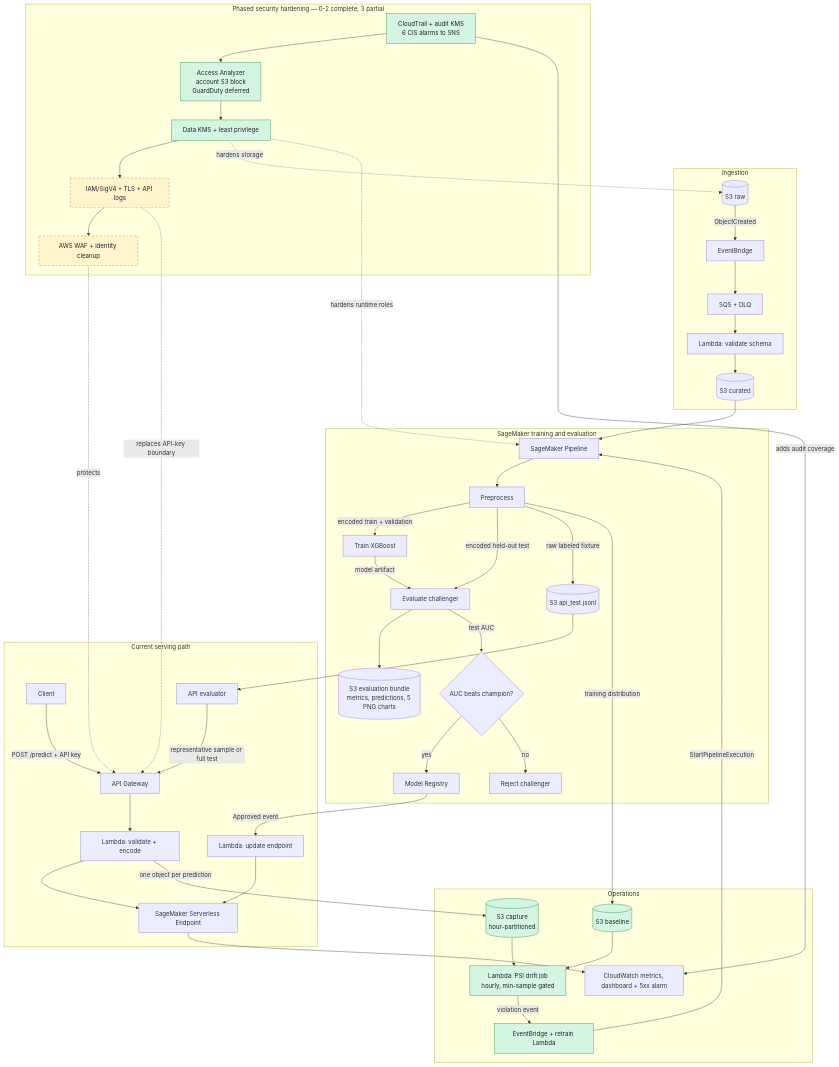
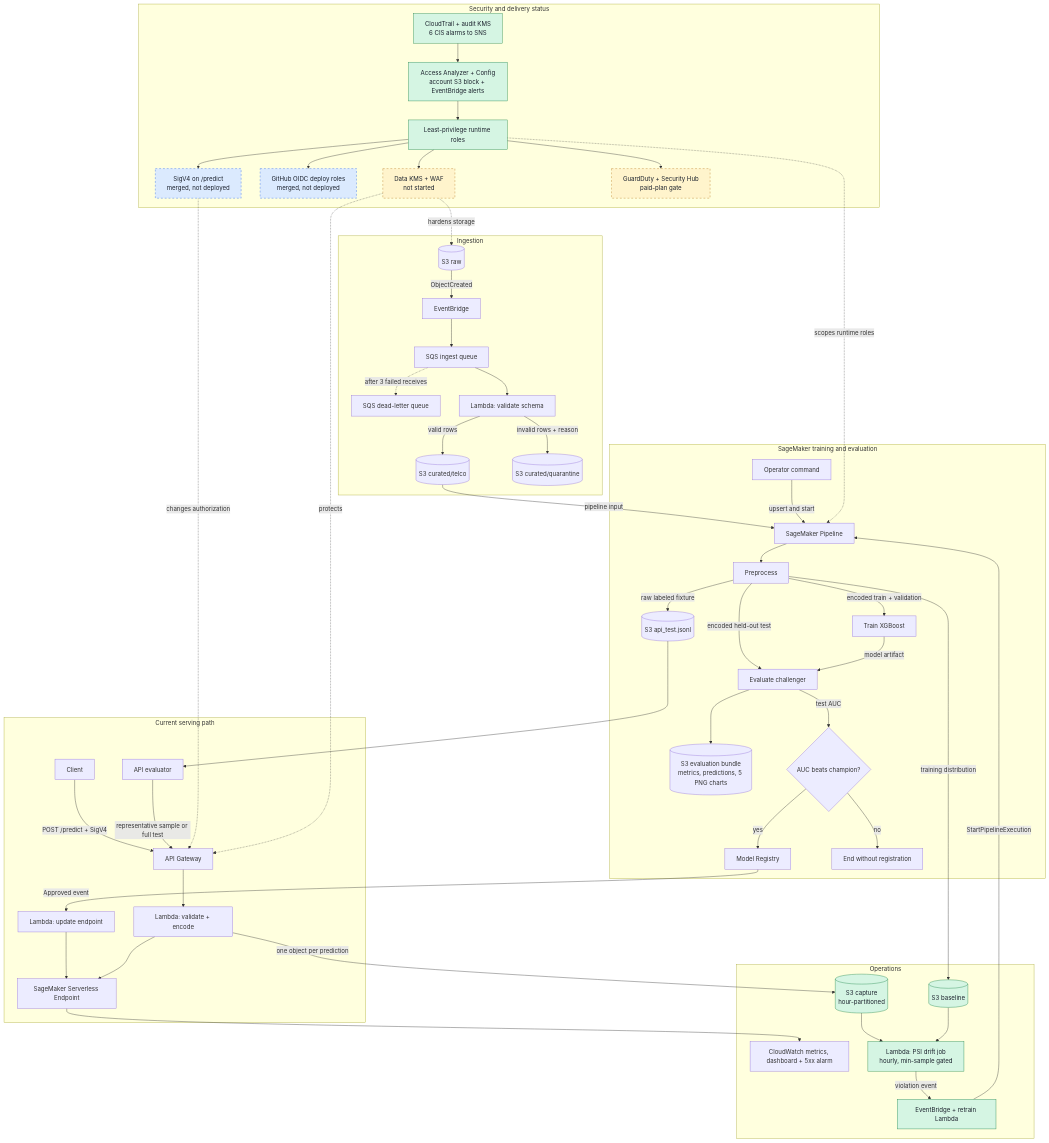
One commit to emanuelGitCodes/aws-mlops-platform changed the diagram in README.md. Above: the diagram before and after it, drawn with Mermaid. The commit also changed other lines of this file and 8 other files, not shown here.

Commit message:
Generate CDK architecture diagrams

````diff
--- a/README.md
+++ b/README.md
@@ -9,60 +9,66 @@
 ```mermaid
 flowchart TB
     subgraph Ingest["Ingestion"]
         RAW[(S3 raw)] -->|ObjectCreated| EB1[EventBridge]
-        EB1 --> Q[SQS + DLQ]
+        EB1 --> Q[SQS ingest queue]
+        Q -. after 3 failed receives .-> DLQ[SQS dead-letter queue]
         Q --> LV[Lambda: validate schema]
-        LV --> CUR[(S3 curated)]
+        LV -->|valid rows| CUR[(S3 curated/telco)]
+        LV -->|invalid rows + reason| QUAR[(S3 curated/quarantine)]
     end
 
     subgraph Train["SageMaker training and evaluation"]
-        CUR --> PIPE[SageMaker Pipeline]
+        CUR -->|pipeline input| PIPE[SageMaker Pipeline]
+        RUN[Operator command] -->|upsert and start| PIPE
         PIPE --> PRE[Preprocess]
         PRE -->|encoded train + validation| TR[Train XGBoost]
         PRE -->|encoded held-out test| EV[Evaluate challenger]
         TR -->|model artifact| EV
         PRE -->|raw labeled fixture| FIX[(S3 api_test.jsonl)]
         EV --> REPORTS[(S3 evaluation bundle<br/>metrics, predictions, 5 PNG charts)]
         EV -->|test AUC| GATE{AUC beats champion?}
         GATE -->|yes| REG[Model Registry]
-        GATE -->|no| STOP[Reject challenger]
+        GATE -->|no| STOP[End without registration]
     end
 
     subgraph Serve["Current serving path"]
         REG -->|Approved event| DEP[Lambda: update endpoint]
         DEP --> EP[SageMaker Serverless Endpoint]
-        CLIENT[Client] -->|POST /predict + API key| APIGW[API Gateway]
+        CLIENT[Client] -->|POST /predict + SigV4| APIGW[API Gateway]
         APIGW --> LI[Lambda: validate + encode]
         LI --> EP
         FIX --> CHECK[API evaluator]
         CHECK -->|representative sample or full test| APIGW
     end
 
     subgraph Ops["Operations"]
         EP --> CW[CloudWatch metrics, dashboard + 5xx alarm]
         LI -->|one object per prediction| CAP[(S3 capture<br/>hour-partitioned)]
         PRE -->|training distribution| BASE[(S3 baseline)]
         CAP --> DRIFT[Lambda: PSI drift job<br/>hourly, min-sample gated]
         BASE --> DRIFT
         DRIFT -->|violation event| RETRAIN[EventBridge + retrain Lambda]
         RETRAIN -->|StartPipelineExecution| PIPE
     end
 
-    subgraph Security["Phased security hardening — 0-2 complete, 3 partial"]
-        S1[CloudTrail + audit KMS<br/>6 CIS alarms to SNS] --> S1B[Access Analyzer<br/>account S3 block<br/>GuardDuty deferred]
-        S1B --> S2[Data KMS + least privilege]
-        S2 --> S3[IAM/SigV4 + TLS + API logs]
-        S3 --> S4[AWS WAF + identity cleanup]
+    subgraph Security["Security and delivery status"]
+        S1[CloudTrail + audit KMS<br/>6 CIS alarms to SNS] --> S1B[Access Analyzer + Config<br/>account S3 block + EventBridge alerts]
+        S1B --> S2[Least-privilege runtime roles]
+        S2 --> S3[SigV4 on /predict<br/>merged, not deployed]
+        S2 --> CICD[GitHub OIDC deploy roles<br/>merged, not deployed]
+        S2 --> S4[Data KMS + WAF<br/>not started]
+        S2 --> S5[GuardDuty + Security Hub<br/>paid-plan gate]
     end
 
-    S1 -->|adds audit coverage| CW
-    S2 -. hardens storage .-> RAW
-    S2 -. hardens runtime roles .-> PIPE
-    S3 -. replaces API-key boundary .-> APIGW
+    S2 -. scopes runtime roles .-> PIPE
+    S3 -. changes authorization .-> APIGW
+    S4 -. hardens storage .-> RAW
     S4 -. protects .-> APIGW
 
     classDef planned fill:#fff4cc,stroke:#b7791f,stroke-dasharray:5 5,color:#1a202c
+    classDef coded fill:#dbeafe,stroke:#2563eb,stroke-dasharray:5 5,color:#1a202c
     classDef done fill:#d5f5e3,stroke:#1e8449,color:#1a202c
-    class S3,S4 planned
+    class S3,CICD coded
+    class S4,S5 planned
     class S1,S1B,S2,CAP,BASE,DRIFT,RETRAIN done
 ```
````
